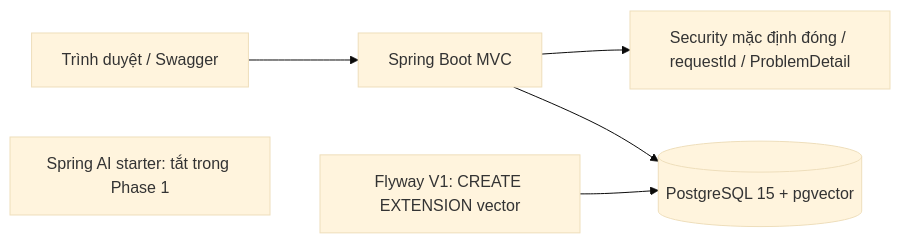
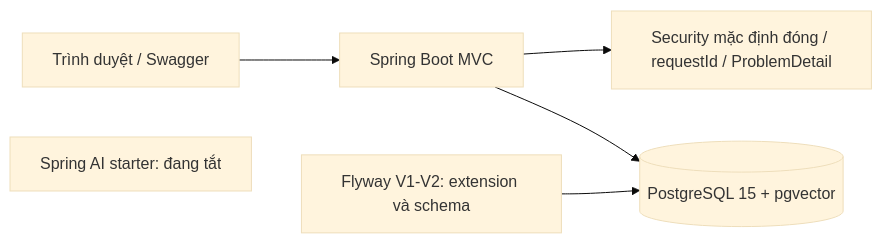
The diagram in README.md (TuanAnhVu81/documind-backend), drawn with Mermaid (base theme) before and after one commit. The commit also changed other lines of this file and 29 other files, not shown here.

Commit message:
feat: add phase 2 data schema and repositories

````diff
--- a/README.md
+++ b/README.md
@@ -21,8 +21,8 @@
 ```mermaid
 flowchart LR
     Browser[Trình duyệt / Swagger] --> API[Spring Boot MVC]
     API --> Common[Security mặc định đóng / requestId / ProblemDetail]
     API --> DB[(PostgreSQL 15 + pgvector)]
-    Flyway[Flyway V1: CREATE EXTENSION vector] --> DB
-    AI[Spring AI starter: tắt trong Phase 1]
+    Flyway[Flyway V1-V2: extension và schema] --> DB
+    AI[Spring AI starter: đang tắt]
 ```
````
